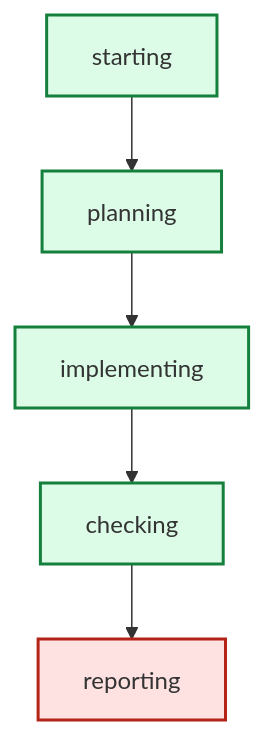
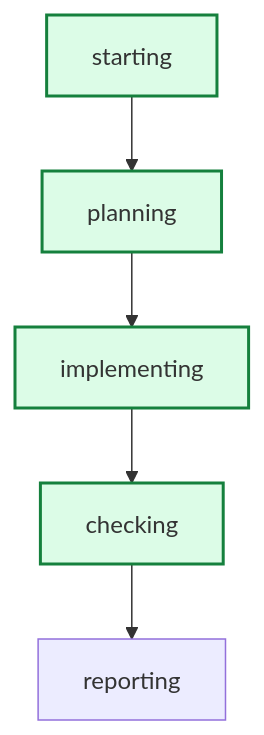
One commit to daniell0gda/hermes-feature-check-dashboard changed the diagram in latest/graph.mmd. Above: the diagram before and after it, drawn with Mermaid. The commit also changed 22 other files, not shown here.

```diff
--- a/latest/graph.mmd
+++ b/latest/graph.mmd
@@ -1,14 +1,13 @@
 graph TD
     starting --> planning
     planning --> implementing
     implementing --> checking
     checking --> reporting
 
 classDef done fill:#dcfce7,stroke:#15803d,stroke-width:2px;
 classDef active fill:#dbeafe,stroke:#2563eb,stroke-width:3px;
 classDef failed fill:#fee2e2,stroke:#b42318,stroke-width:2px;
+class implementing done;
+class checking done;
 class planning done;
-class checking done;
-class implementing done;
 class starting done;
-class reporting failed;
```
